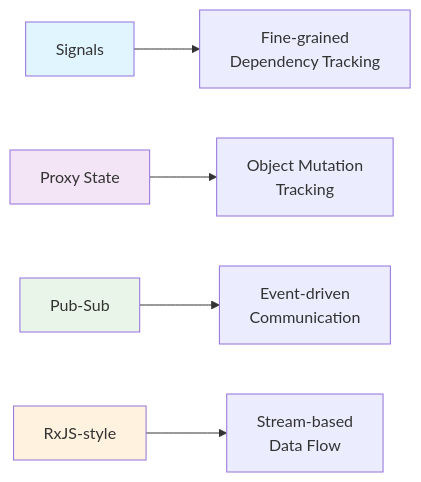
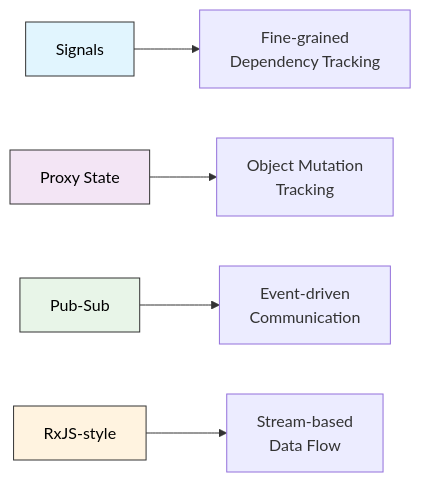
The second of 18 diagrams in README.md (sujeet-pro/reactivity), drawn with Mermaid before and after one commit. The commit also changed other lines of this file and 4 other files, not shown here.

````diff
--- a/README.md
+++ b/README.md
@@ -36,12 +54,12 @@
 ```mermaid
 graph LR
     A[Signals] --> B[Fine-grained<br/>Dependency Tracking]
     C[Proxy State] --> D[Object Mutation<br/>Tracking]
     E[Pub-Sub] --> F[Event-driven<br/>Communication]
     G[RxJS-style] --> H[Stream-based<br/>Data Flow]
     
-    style A fill:#e1f5fe
-    style C fill:#f3e5f5
-    style E fill:#e8f5e8
-    style G fill:#fff3e0
+    style A fill:#e1f5fe,stroke:#333,color:#000
+    style C fill:#f3e5f5,stroke:#333,color:#000
+    style E fill:#e8f5e8,stroke:#333,color:#000
+    style G fill:#fff3e0,stroke:#333,color:#000
 ```
````
